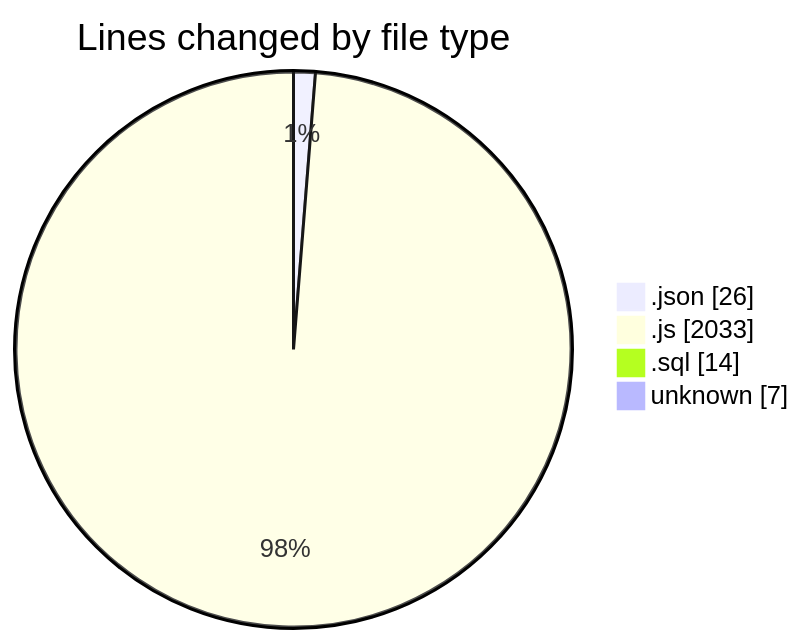
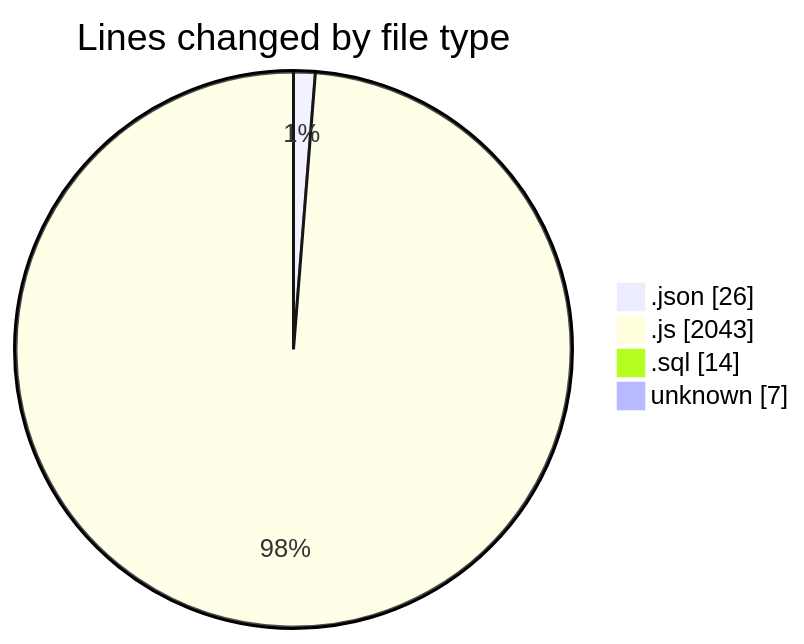
Before and after one commit to nxtqubesakshisongat/code-tracking: the first of 2 diagrams in 2025-09-10/cashcalc/README.md, drawn with Mermaid. The commit also changed other lines of this file and 1 other file, not shown here.

````diff
--- a/2025-09-10/cashcalc/README.md
+++ b/2025-09-10/cashcalc/README.md
@@ -36,8 +36,8 @@
 ```mermaid
 pie showData
 title Lines changed by file type
 ".json" : 26
-".js" : 2033
+".js" : 2043
 ".sql" : 14
 "unknown" : 7
 ```
````
